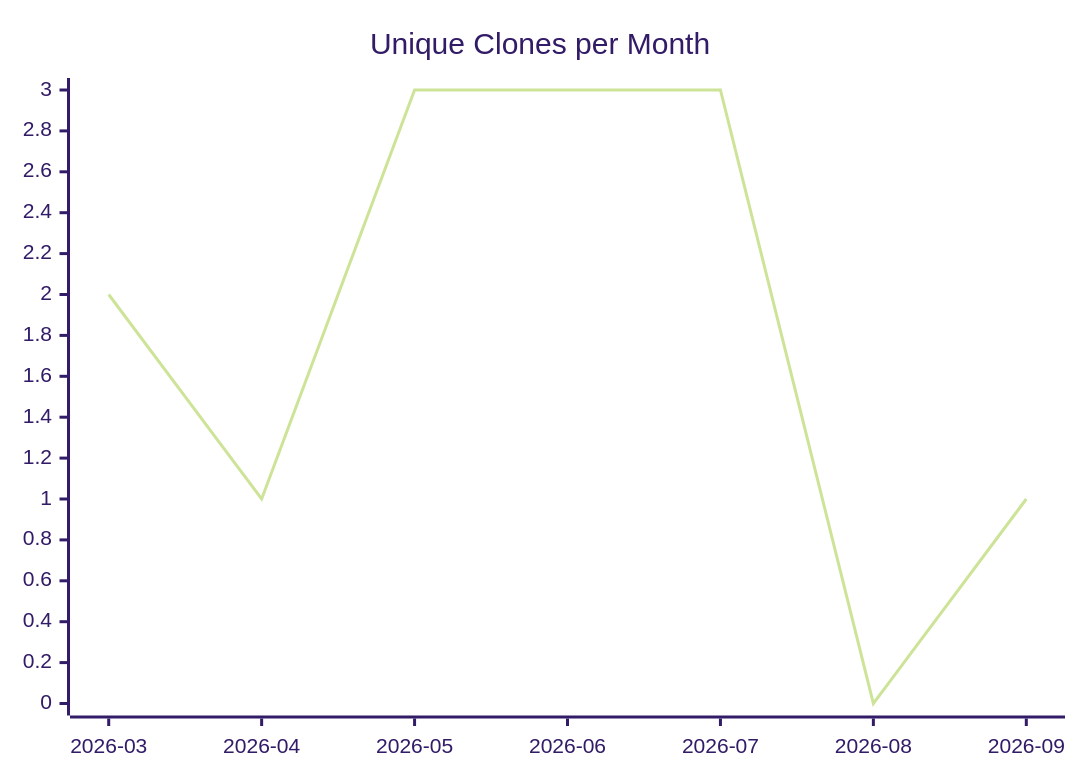
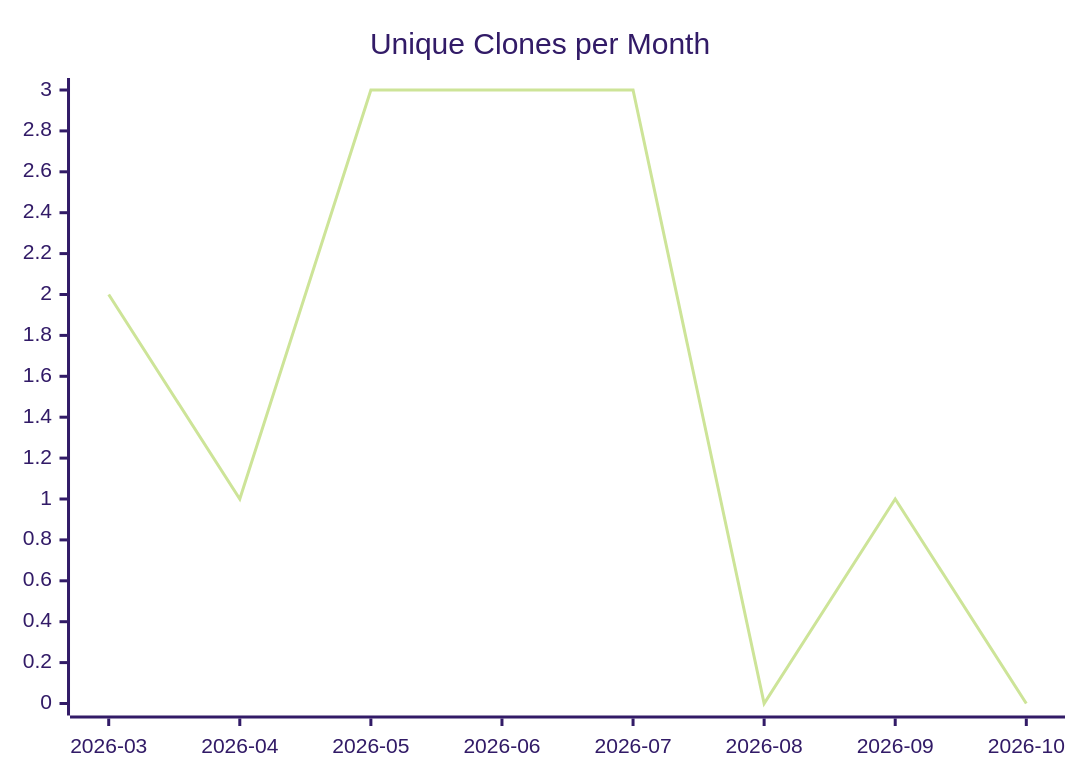
The third of 3 diagrams in karlmdavis/ansible-roles/README.md (justdavis-family/github-analytics-data), drawn with Mermaid (forest theme) before and after one commit. The commit also changed other lines of this file and 202 other files, not shown here.

````diff
--- a/karlmdavis/ansible-roles/README.md
+++ b/karlmdavis/ansible-roles/README.md
@@ -19,6 +19,6 @@
 ```mermaid
 xychart-beta
   title "Unique Clones per Month"
-  x-axis ["2026-03", "2026-04", "2026-05", "2026-06", "2026-07", "2026-08", "2026-09"]
-  line [2, 1, 3, 3, 3, 0, 1]
+  x-axis ["2026-03", "2026-04", "2026-05", "2026-06", "2026-07", "2026-08", "2026-09", "2026-10"]
+  line [2, 1, 3, 3, 3, 0, 1, 0]
 ```
````
